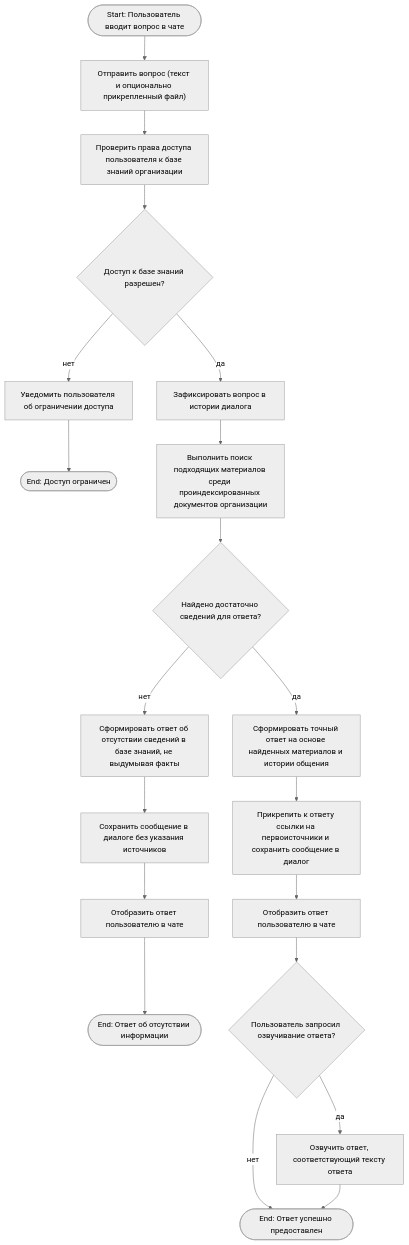
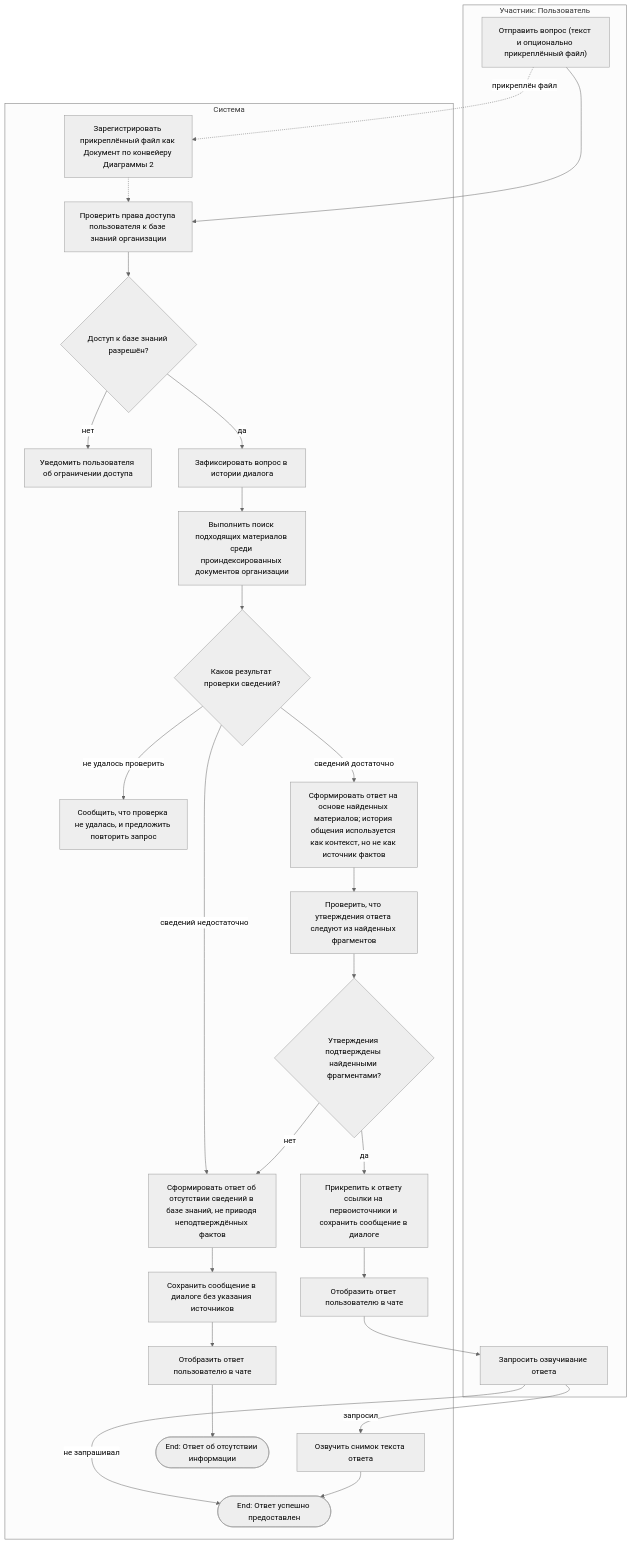
One commit to adsfryt/AI-chat-knowledge-bot changed the first of 3 diagrams in 1-task/3/README.md. Above: the diagram before and after it, drawn with Mermaid (neutral theme). The commit also changed other lines of this file, not shown here.

````diff
--- a/1-task/3/README.md
+++ b/1-task/3/README.md
@@ -36,22 +62,53 @@
 ```mermaid
 flowchart TD
-    S(["Start: Пользователь вводит вопрос в чате"]) --> A1["Отправить вопрос (текст и опционально прикрепленный файл)"]
-    A1 --> B1["Проверить права доступа пользователя к базе знаний организации"]
-    B1 --> D1{"Доступ к базе знаний разрешен?"}
-    D1 -->|нет| E_NO_AUTH["Уведомить пользователя об ограничении доступа"]
-    E_NO_AUTH --> E1(["End: Доступ ограничен"])
-    D1 -->|да| B2["Зафиксировать вопрос в истории диалога"]
-    B2 --> R1["Выполнить поиск подходящих материалов среди проиндексированных документов организации"]
-    R1 --> D2{"Найдено достаточно сведений для ответа?"}
-    D2 -->|нет| B3["Сформировать ответ об отсутствии сведений в базе знаний, не выдумывая факты"]
-    B3 --> B4["Сохранить сообщение в диалоге без указания источников"]
-    B4 --> A2N["Отобразить ответ пользователю в чате"]
-    A2N --> E2(["End: Ответ об отсутствии информации"])
-    D2 -->|да| B5["Сформировать точный ответ на основе найденных материалов и истории общения"]
-    B5 --> B6["Прикрепить к ответу ссылки на первоисточники и сохранить сообщение в диалог"]
-    B6 --> A2["Отобразить ответ пользователю в чате"]
-    A2 --> D3{"Пользователь запросил озвучивание ответа?"}
-    D3 -->|нет| E3(["End: Ответ успешно предоставлен"])
-    D3 -->|да| A3["Озвучить ответ, соответствующий тексту ответа"]
-    A3 --> E3
+    S(["Start: Пользователь вводит вопрос в чате"])
+    subgraph U ["Участник: Пользователь"]
+        A1["Отправить вопрос (текст и опционально прикреплённый файл)"]
+        A2["Запросить озвучивание ответа"]
+    end
+    subgraph S ["Система"]
+        B1["Проверить права доступа пользователя к базе знаний организации"]
+        D1{"Доступ к базе знаний разрешён?"}
+        E_NO_AUTH["Уведомить пользователя об ограничении доступа"]
+        B2["Зафиксировать вопрос в истории диалога"]
+        B3["Зарегистрировать прикреплённый файл как Документ по конвейеру Диаграммы 2"]
+        R1["Выполнить поиск подходящих материалов среди проиндексированных документов организации"]
+        D2{"Каков результат проверки сведений?"}
+        E_FAIL["Сообщить, что проверка не удалась, и предложить повторить запрос"]
+        B4["Сформировать ответ об отсутствии сведений в базе знаний, не приводя неподтверждённых фактов"]
+        B5["Сохранить сообщение в диалоге без указания источников"]
+        B6["Сформировать ответ на основе найденных материалов; история общения используется как контекст, но не как источник фактов"]
+        B7["Проверить, что утверждения ответа следуют из найденных фрагментов"]
+        D3{"Утверждения подтверждены найденными фрагментами?"}
+        B8["Прикрепить к ответу ссылки на первоисточники и сохранить сообщение в диалоге"]
+        B9["Отобразить ответ пользователю в чате"]
+        B10["Отобразить ответ пользователю в чате"]
+        A3["Озвучить снимок текста ответа"]
+        E_NO_INFO(["End: Ответ об отсутствии информации"])
+        E_OK(["End: Ответ успешно предоставлен"])
+    end
+
+    A1 --> B1
+    B1 --> D1
+    D1 -->|нет| E_NO_AUTH
+    D1 -->|да| B2
+    B2 --> R1
+    R1 --> D2
+    D2 -->|не удалось проверить| E_FAIL
+    D2 -->|сведений недостаточно| B4
+    D2 -->|сведений достаточно| B6
+    B4 --> B5
+    B5 --> B10
+    B10 --> E_NO_INFO
+    B6 --> B7
+    B7 --> D3
+    D3 -->|нет| B4
+    D3 -->|да| B8
+    B8 --> B9
+    B9 --> A2
+    A2 -->|запросил| A3
+    A2 -->|не запрашивал| E_OK
+    A3 --> E_OK
+    A1 -.->|прикреплён файл| B3
+    B3 -.-> B1
 ```
````
